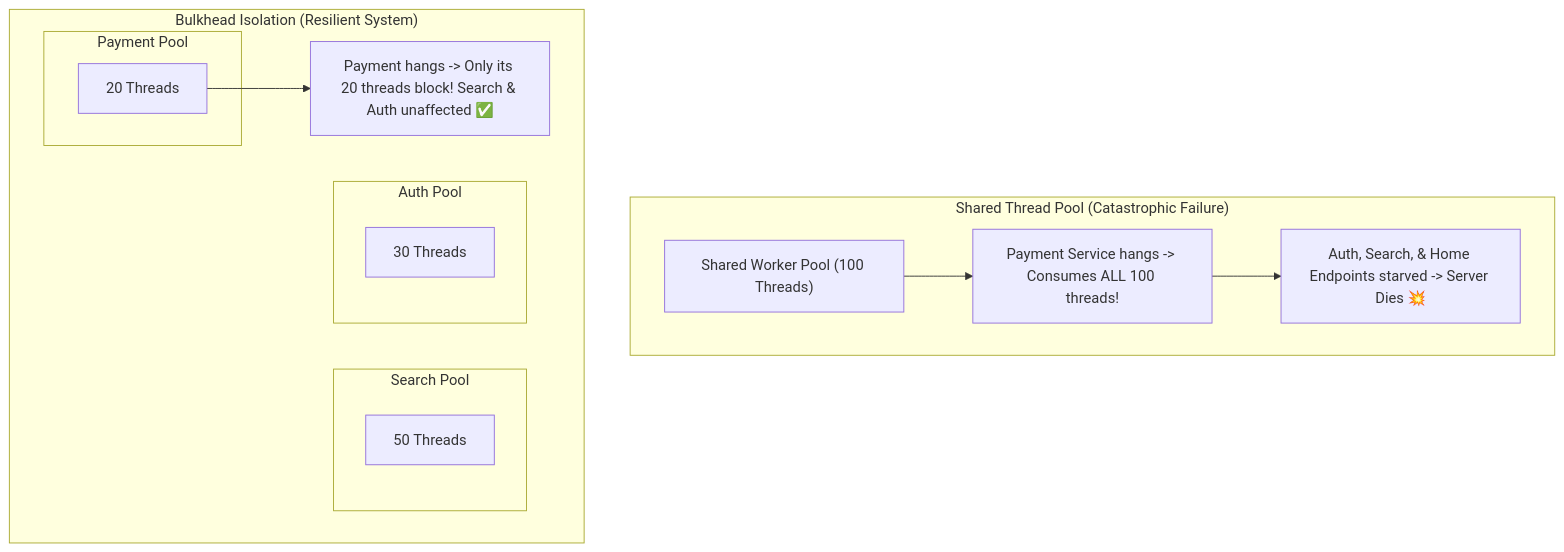
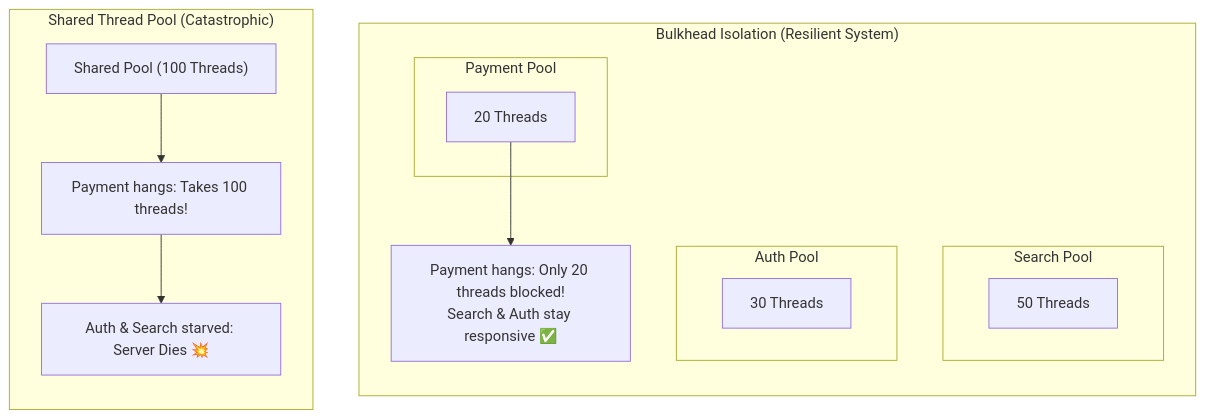
The seventh of 9 diagrams in 07-Backend-Engineering/Error Handling and Building Fault Tolerant Systems.md (rohithgowda18/Notes), drawn with Mermaid before and after one commit. The commit also changed other lines of this file and 15 other files, not shown here.

Commit message:
docs: audit Mermaid diagrams, optimize side-by-side layouts, and deduplicate DBMS advanced notes

````diff
--- a/07-Backend-Engineering/Error Handling and Building Fault Tolerant Systems.md
+++ b/07-Backend-Engineering/Error Handling and Building Fault Tolerant Systems.md
@@ -319,21 +319,25 @@
 ```mermaid
-flowchart TD
-    subgraph Danger ["Shared Thread Pool (Catastrophic Failure)"]
-        PoolAll["Shared Worker Pool (100 Threads)"]
-        PoolAll --> T_Hung["Payment Service hangs -> Consumes ALL 100 threads!"]
-        T_Hung --> Starve["Auth, Search, & Home Endpoints starved -> Server Dies 💥"]
+flowchart LR
+    subgraph Danger ["Shared Thread Pool (Catastrophic)"]
+        direction TB
+        PoolAll["Shared Pool (100 Threads)"]
+        PoolAll --> T_Hung["Payment hangs: Takes 100 threads!"]
+        T_Hung --> Starve["Auth & Search starved: Server Dies 💥"]
     end
+
+    Danger ~~~ Safe
     
     subgraph Safe ["Bulkhead Isolation (Resilient System)"]
+        direction TB
         subgraph Pool1 ["Search Pool"]
             P1["50 Threads"]
         end
         subgraph Pool2 ["Auth Pool"]
             P2["30 Threads"]
         end
         subgraph Pool3 ["Payment Pool"]
             P3["20 Threads"]
         end
-        P3 --> T_Isolate["Payment hangs -> Only its 20 threads block! Search & Auth unaffected ✅"]
+        P3 --> T_Isolate["Payment hangs: Only 20 threads blocked!<br/>Search & Auth stay responsive ✅"]
     end
 ```
````
